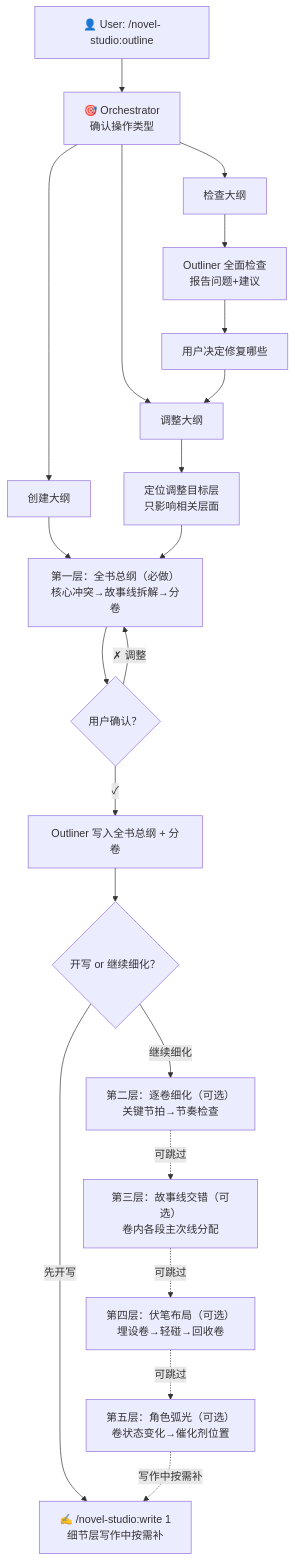
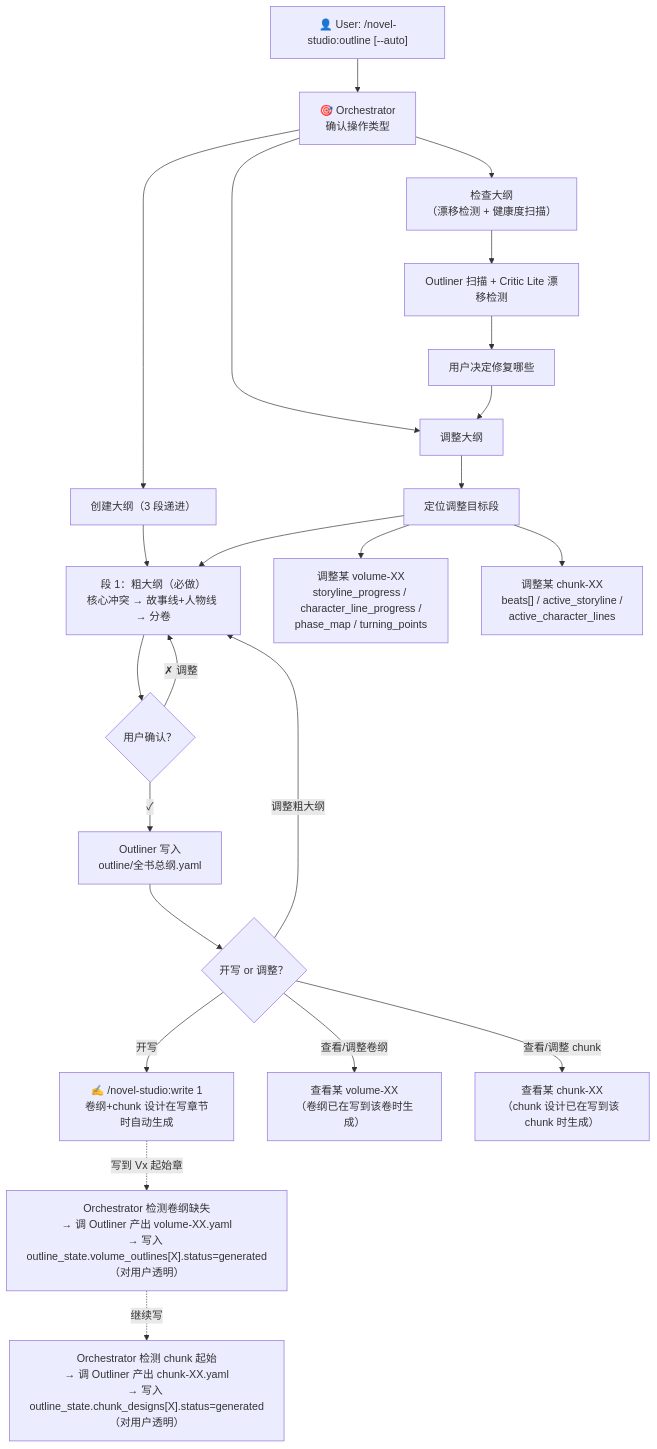
One commit to deathwhispers/novel-studio changed the diagram in workflow-specs/outline.md. Above: the diagram before and after it, drawn with Mermaid. The commit also changed other lines of this file and 10 other files, not shown here.

````diff
--- a/workflow-specs/outline.md
+++ b/workflow-specs/outline.md
@@ -10,36 +10,37 @@
 ```mermaid
 flowchart TD
-    User["👤 User: /novel-studio:outline"]
+    User["👤 User: /novel-studio:outline [--auto]"]
     Orchestrator["🎯 Orchestrator<br/>确认操作类型"]
 
     User --> Orchestrator
 
-    Orchestrator --> Create["创建大纲"]
+    Orchestrator --> Create["创建大纲（3 段递进）"]
     Orchestrator --> Adjust["调整大纲"]
-    Orchestrator --> Check["检查大纲"]
+    Orchestrator --> Check["检查大纲<br/>（漂移检测 + 健康度扫描）"]
 
-    Create --> Layer1["第一层：全书总纲（必做）<br/>核心冲突→故事线拆解→分卷"]
-    Layer1 --> Confirm1{"用户确认？"}
-    Confirm1 -->|"✗ 调整"| Layer1
-    Confirm1 -->|"✓"| WriteCore["Outliner 写入全书总纲 + 分卷"]
+    Create --> Stage1["段 1：粗大纲（必做）<br/>核心冲突 → 故事线+人物线 → 分卷"]
+    Stage1 --> Confirm1{"用户确认？"}
+    Confirm1 -->|"✗ 调整"| Stage1
+    Confirm1 -->|"✓"| WriteCoarse["Outliner 写入<br/>outline/全书总纲.yaml"]
 
-    WriteCore --> Branch{"开写 or 继续细化？"}
-    Branch -->|"先开写"| Write["✍️ /novel-studio:write 1<br/>细节层写作中按需补"]
-    Branch -->|"继续细化"| Layer2
+    WriteCoarse --> Branch{"开写 or 调整？"}
+    Branch -->|"开写"| Write["✍️ /novel-studio:write 1<br/>卷纲+chunk 设计在写章节时自动生成"]
+    Branch -->|"调整粗大纲"| Stage1
+    Branch -->|"查看/调整卷纲"| Stage2View["查看某 volume-XX<br/>（卷纲已在写到该卷时生成）"]
+    Branch -->|"查看/调整 chunk"| Stage3View["查看某 chunk-XX<br/>（chunk 设计已在写到该 chunk 时生成）"]
 
-    Layer2["第二层：逐卷细化（可选）<br/>关键节拍→节奏检查"]
-    Layer2 -.->|"可跳过"| Layer3
-    Layer3["第三层：故事线交错（可选）<br/>卷内各段主次线分配"]
-    Layer3 -.->|"可跳过"| Layer4
-    Layer4["第四层：伏笔布局（可选）<br/>埋设卷→轻碰→回收卷"]
-    Layer4 -.->|"可跳过"| Layer5
-    Layer5["第五层：角色弧光（可选）<br/>卷状态变化→催化剂位置"]
-    Layer5 -.->|"写作中按需补"| Write
+    %% 段 2：卷纲（按需生成）—— 由写章节触发，不在 outline 命令中生成
+    Write -.->|"写到 Vx 起始章"| Stage2Gen["Orchestrator 检测卷纲缺失<br/>→ 调 Outliner 产出 volume-XX.yaml<br/>→ 写入 outline_state.volume_outlines[X].status=generated<br/>（对用户透明）"]
 
-    Adjust --> TargetLayer["定位调整目标层<br/>只影响相关层面"]
-    TargetLayer --> Layer1
+    %% 段 3：chunk 设计（按需生成）—— 由写章节触发，不在 outline 命令中生成
+    Stage2Gen -.->|"继续写"| Stage3Gen["Orchestrator 检测 chunk 起始<br/>→ 调 Outliner 产出 chunk-XX.yaml<br/>→ 写入 outline_state.chunk_designs[X].status=generated<br/>（对用户透明）"]
 
-    Check --> OutlinerCheck["Outliner 全面检查<br/>报告问题+建议"]
+    Adjust --> TargetStage["定位调整目标段"]
+    TargetStage --> Stage1
+    TargetStage --> Stage2Adjust["调整某 volume-XX<br/>storyline_progress / character_line_progress /<br/>phase_map / turning_points"]
+    TargetStage --> Stage3Adjust["调整某 chunk-XX<br/>beats[] / active_storyline /<br/>active_character_lines"]
+
+    Check --> OutlinerCheck["Outliner 扫描 + Critic Lite 漂移检测"]
     OutlinerCheck --> UserDecision["用户决定修复哪些"]
     UserDecision --> Adjust
 ```
````
